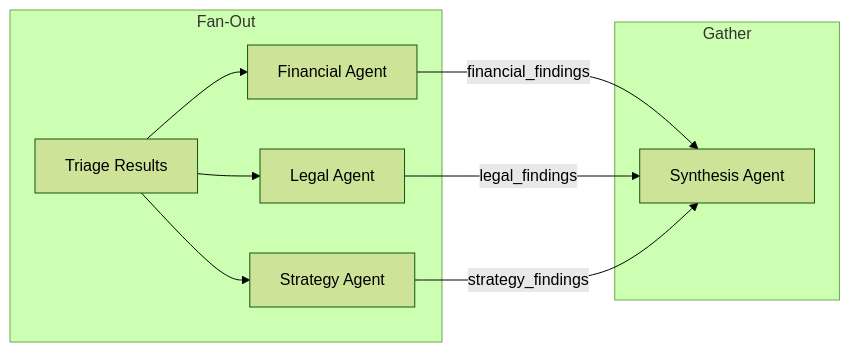
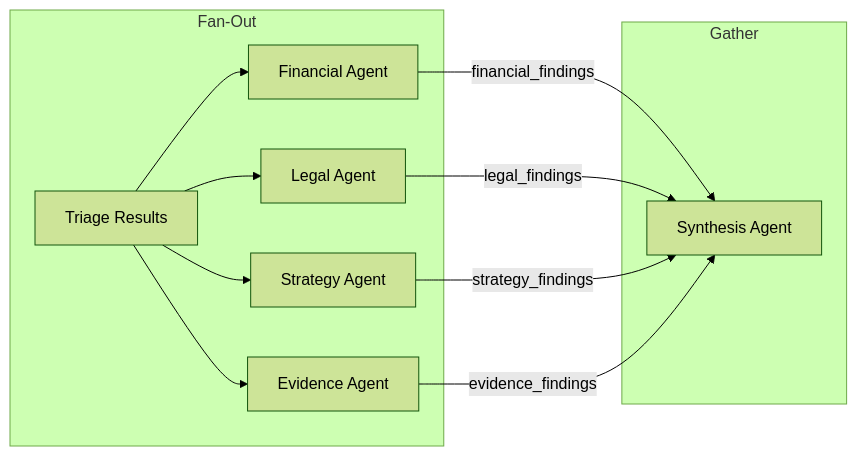
The third of 14 diagrams in .planning/research/ARCHITECTURE.md (Siddharth-Khattar/holmes), drawn with Mermaid (forest theme) before and after one commit. The commit also changed other lines of this file and 8 other files, not shown here.

First line of the commit message:
docs: add comprehensive ADK requirements and optimize architecture

````diff
--- a/.planning/research/ARCHITECTURE.md
+++ b/.planning/research/ARCHITECTURE.md
@@ -156,16 +660,18 @@
 ```mermaid
 graph LR
     subgraph "Fan-Out"
         TRI[Triage Results]
         TRI --> FIN[Financial Agent]
         TRI --> LEG[Legal Agent]
         TRI --> STR[Strategy Agent]
+        TRI --> EVI[Evidence Agent]
     end
 
     subgraph "Gather"
         FIN -->|financial_findings| SYNTH
         LEG -->|legal_findings| SYNTH
         STR -->|strategy_findings| SYNTH
+        EVI -->|evidence_findings| SYNTH
         SYNTH[Synthesis Agent]
     end
 ```
````
